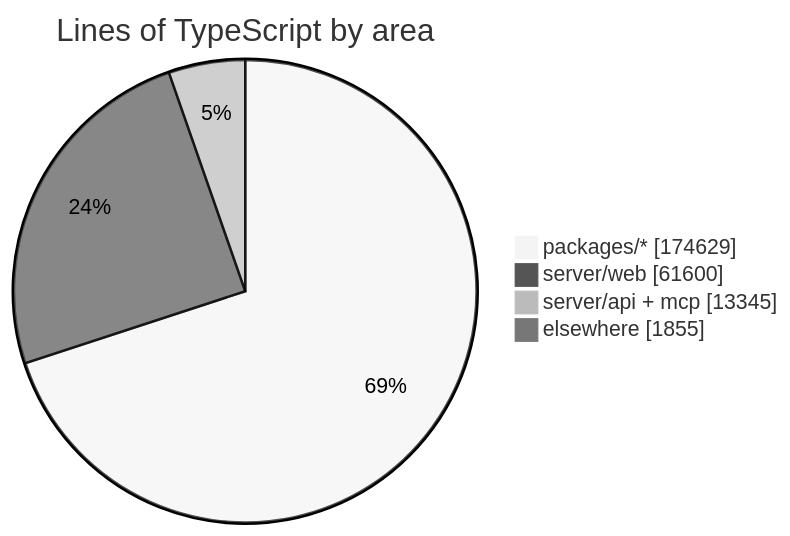
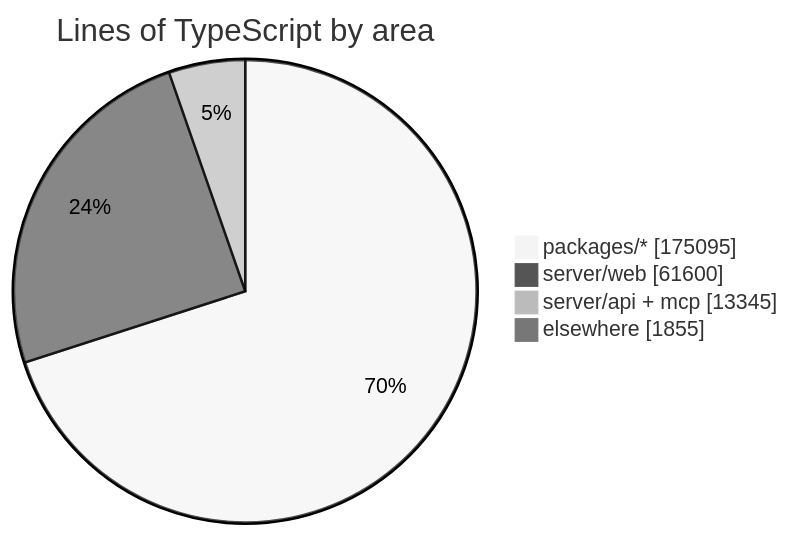
One commit to crossworks-engineering/mantle changed the diagram in README.md. Above: the diagram before and after it, drawn with Mermaid (neutral theme). The commit also changed other lines of this file and 2 other files, not shown here.

````diff
--- a/README.md
+++ b/README.md
@@ -279,7 +279,7 @@
 ```mermaid
 pie showData title Lines of TypeScript by area
-    "packages/*" : 174629
+    "packages/*" : 175095
     "server/web" : 61600
     "server/api + mcp" : 13345
     "elsewhere" : 1855
 ```
````
